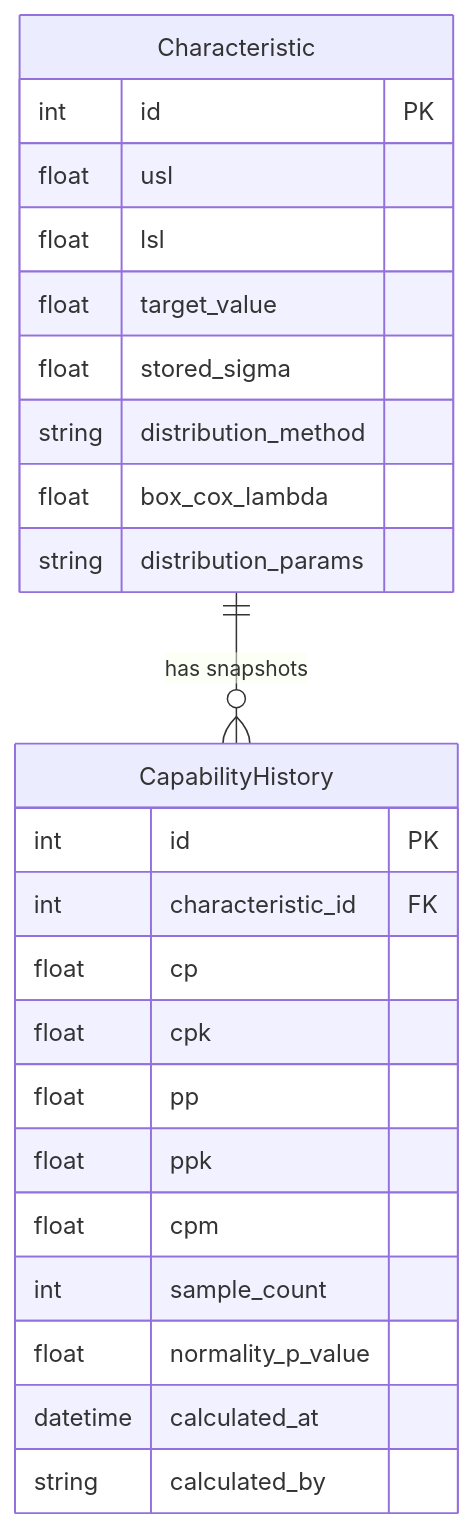
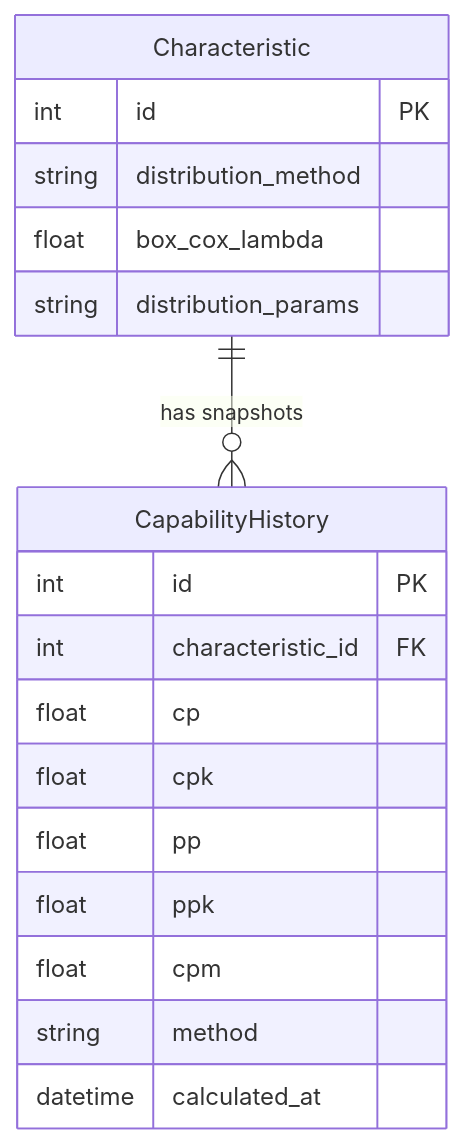
One commit to saturnis-io/cassini changed the second of 2 diagrams in .knowledge/features/capability.md. Above: the diagram before and after it, drawn with Mermaid. The commit also changed other lines of this file and 15 other files, not shown here.

Commit message:
knowledge-graph: regenerate

````diff
--- a/.knowledge/features/capability.md
+++ b/.knowledge/features/capability.md
@@ -26,27 +26,21 @@
 ```mermaid
 erDiagram
     Characteristic ||--o{ CapabilityHistory : "has snapshots"
     Characteristic {
         int id PK
-        float usl
-        float lsl
-        float target_value
-        float stored_sigma
         string distribution_method
         float box_cox_lambda
         string distribution_params
     }
     CapabilityHistory {
         int id PK
         int characteristic_id FK
         float cp
         float cpk
         float pp
         float ppk
         float cpm
-        int sample_count
-        float normality_p_value
+        string method
         datetime calculated_at
-        string calculated_by
     }
 ```
````
